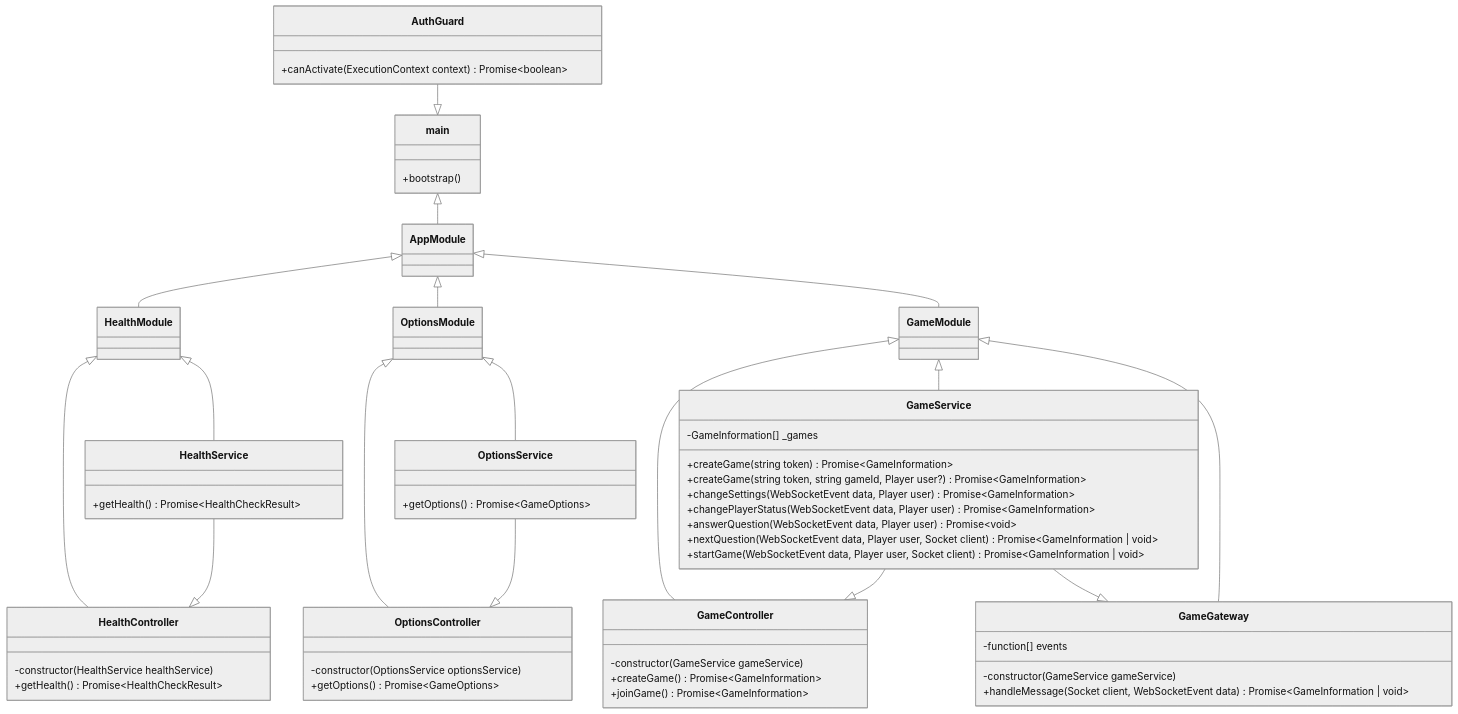
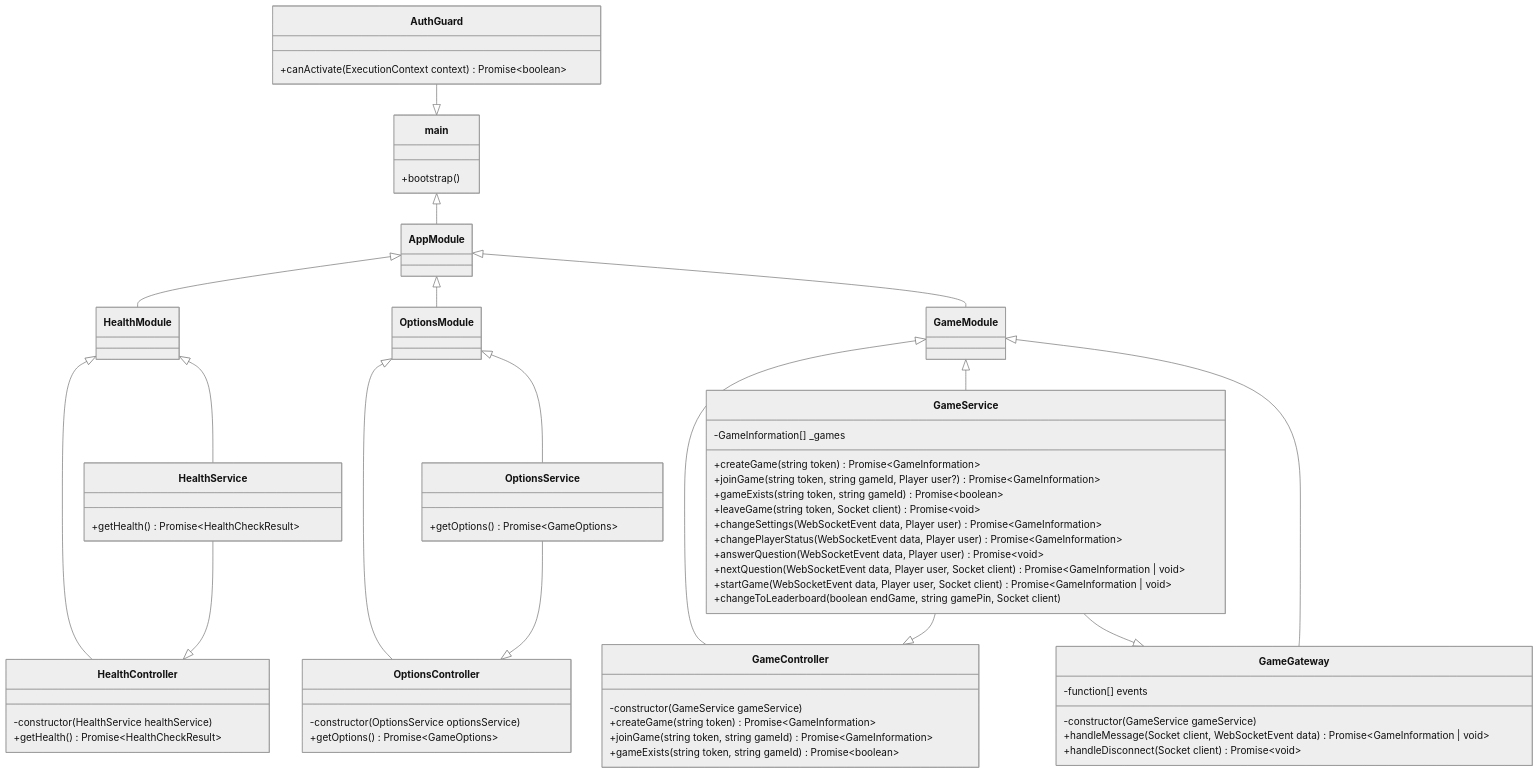
One commit to linusromlandITHS/Testing-and-TypeScript-Laboration-1 changed the diagram in docs/classDiagramAPI.md. Above: the diagram before and after it, drawn with Mermaid (neutral theme).

```diff
--- a/docs/classDiagramAPI.md
+++ b/docs/classDiagramAPI.md
@@ -37,24 +37,28 @@
     class GameModule
     class GameController{
         -constructor(GameService gameService)
-        +createGame() Promise~GameInformation~
-        +joinGame() Promise~GameInformation~
+        +createGame(string token) Promise~GameInformation~
+        +joinGame(string token, string gameId) Promise~GameInformation~
+        +gameExists(string token, string gameId) Promise~boolean~
     }
     class GameGateway{
         -constructor(GameService gameService)
         -function[] events
         +handleMessage(Socket client, WebSocketEvent data) Promise~GameInformation | void~
+        +handleDisconnect(Socket client) Promise~void~
     }
     class GameService{
         -GameInformation[] _games
         +createGame(string token) Promise~GameInformation~
-        +createGame(string token, string gameId, Player user?) Promise~GameInformation~
+        +joinGame(string token, string gameId, Player user?) Promise~GameInformation~
+        +gameExists(string token, string gameId) Promise~boolean~
+        +leaveGame(string token, Socket client) Promise~void~
         +changeSettings(WebSocketEvent data, Player user) Promise~GameInformation~
         +changePlayerStatus(WebSocketEvent data, Player user) Promise~GameInformation~
         +answerQuestion(WebSocketEvent data, Player user) Promise~void~
         +nextQuestion(WebSocketEvent data, Player user, Socket client) Promise~GameInformation | void~
         +startGame(WebSocketEvent data, Player user, Socket client) Promise~GameInformation | void~
-
+        +changeToLeaderboard(boolean endGame, string gamePin, Socket client)
     }
 
     %% Relations
```
